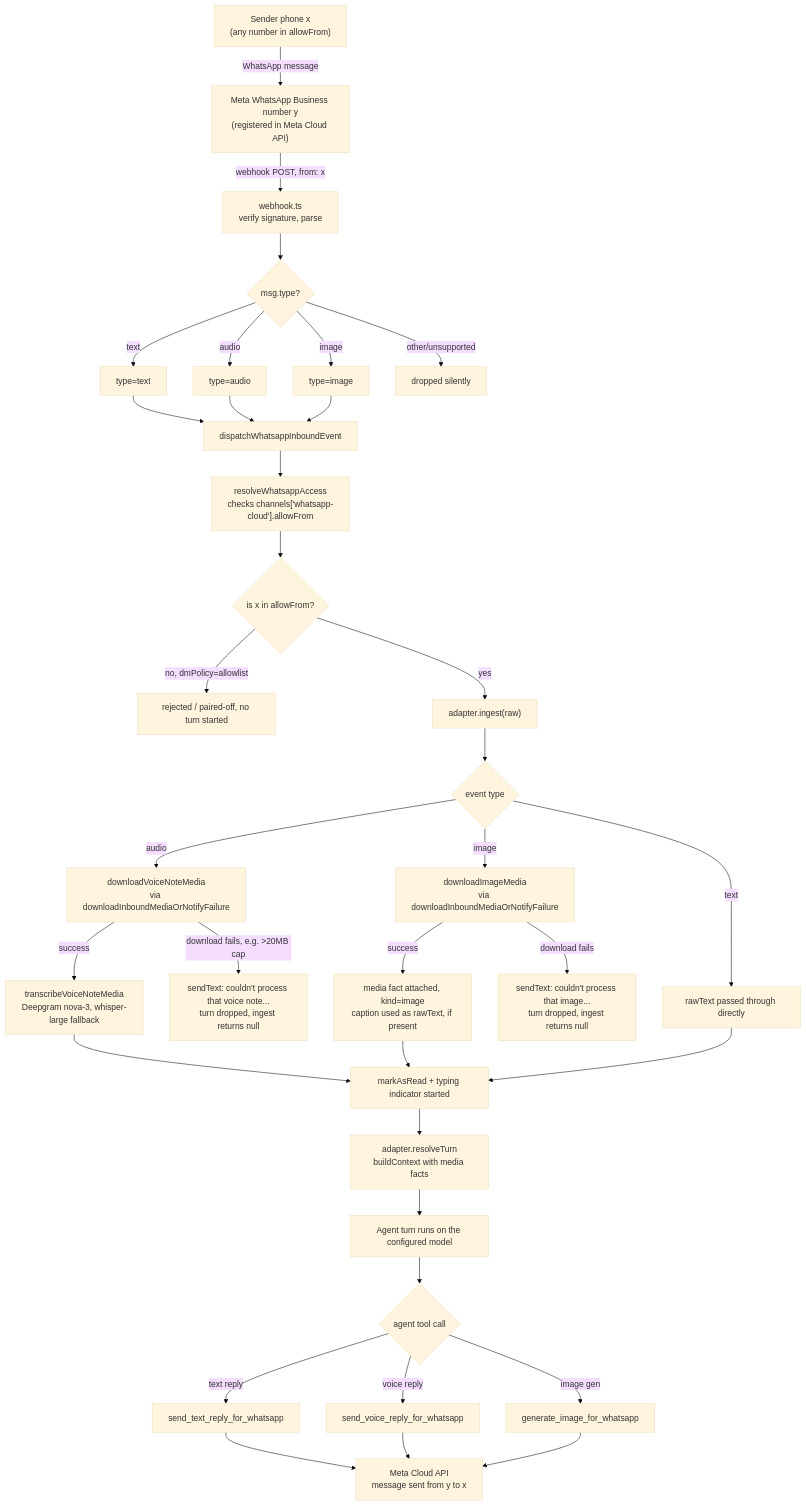
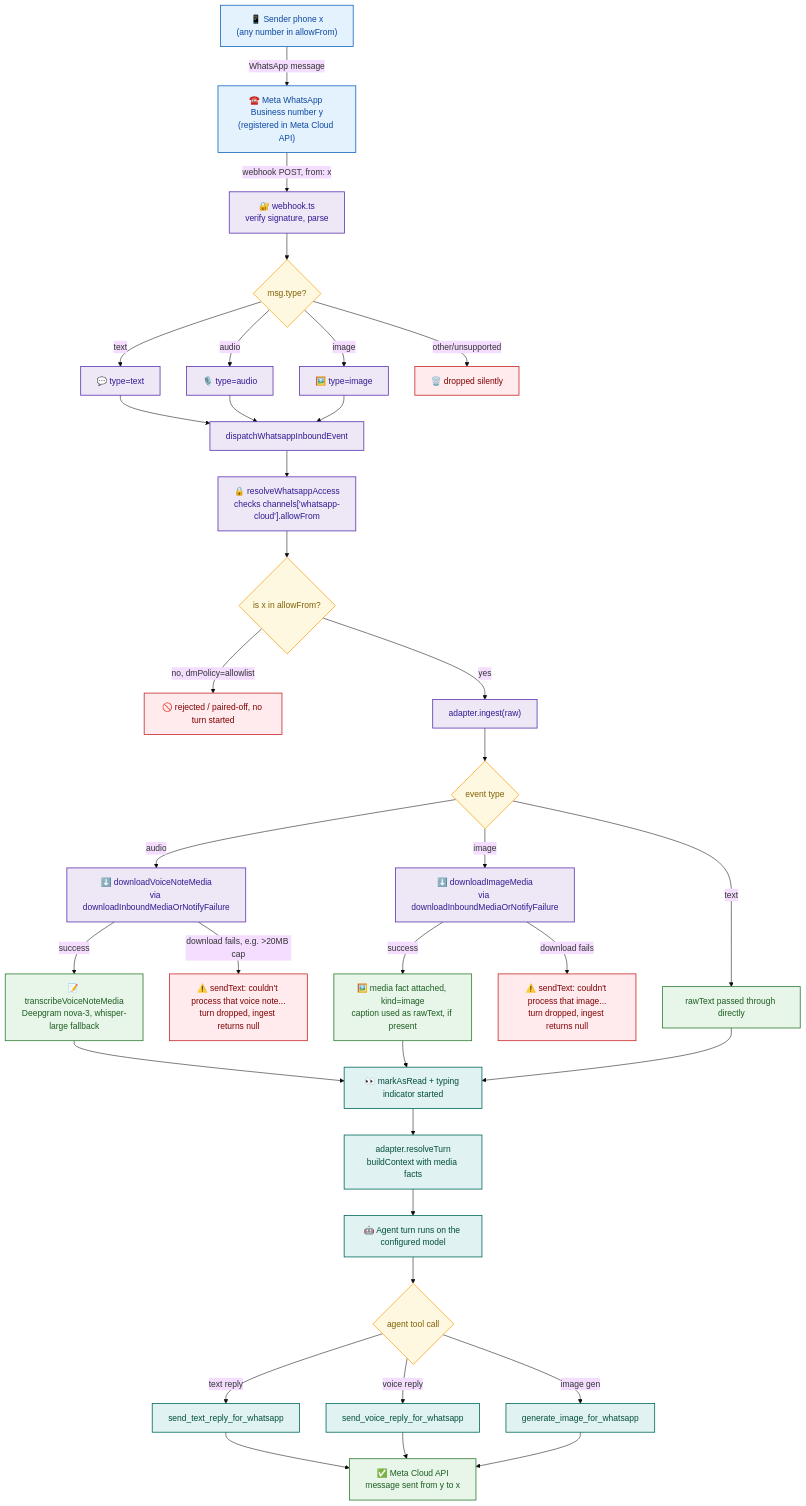
Before and after one commit to shqear93/openclaw-whatsapp-cloud: the first of 6 diagrams in ARCHITECTURE.md, drawn with Mermaid (base theme). The commit also changed other lines of this file, not shown here.

First line of the commit message:
docs(architecture): restyle diagrams with color coding and icons

````diff
--- a/ARCHITECTURE.md
+++ b/ARCHITECTURE.md
@@ -55,45 +55,52 @@
 ```mermaid
 flowchart TD
-    A["Sender phone x<br/>(any number in allowFrom)"] -->|WhatsApp message| B["Meta WhatsApp Business number y<br/>(registered in Meta Cloud API)"]
-    B -->|"webhook POST, from: x"| C["webhook.ts<br/>verify signature, parse"]
-    C --> D{"msg.type?"}
-    D -->|text| E["type=text"]
-    D -->|audio| F["type=audio"]
-    D -->|image| G["type=image"]
-    D -->|other/unsupported| X["dropped silently"]
+    classDef external fill:#e3f2fd,stroke:#1565c0,stroke-width:1.5px,color:#0d47a1
+    classDef decision fill:#fff8e1,stroke:#f9a825,stroke-width:1.5px,color:#7f6003
+    classDef success fill:#e8f5e9,stroke:#2e7d32,stroke-width:1.5px,color:#1b5e20
+    classDef failure fill:#ffebee,stroke:#c62828,stroke-width:1.5px,color:#7f0000
+    classDef core fill:#ede7f6,stroke:#5e35b1,stroke-width:1.5px,color:#311b92
+    classDef agent fill:#e0f2f1,stroke:#00695c,stroke-width:1.5px,color:#004d40
 
-    E --> H["dispatchWhatsappInboundEvent"]
+    A["📱 Sender phone x<br/>(any number in allowFrom)"]:::external -->|WhatsApp message| B["☎️ Meta WhatsApp Business number y<br/>(registered in Meta Cloud API)"]:::external
+    B -->|"webhook POST, from: x"| C["🔐 webhook.ts<br/>verify signature, parse"]:::core
+    C --> D{"msg.type?"}:::decision
+    D -->|text| E["💬 type=text"]:::core
+    D -->|audio| F["🎙️ type=audio"]:::core
+    D -->|image| G["🖼️ type=image"]:::core
+    D -->|other/unsupported| X["🗑️ dropped silently"]:::failure
+
+    E --> H["dispatchWhatsappInboundEvent"]:::core
     F --> H
     G --> H
 
-    H --> I["resolveWhatsappAccess<br/>checks channels['whatsapp-cloud'].allowFrom"]
-    I --> J{"is x in allowFrom?"}
-    J -->|no, dmPolicy=allowlist| K["rejected / paired-off, no turn started"]
-    J -->|yes| L["adapter.ingest(raw)"]
+    H --> I["🔒 resolveWhatsappAccess<br/>checks channels['whatsapp-cloud'].allowFrom"]:::core
+    I --> J{"is x in allowFrom?"}:::decision
+    J -->|no, dmPolicy=allowlist| K["🚫 rejected / paired-off, no turn started"]:::failure
+    J -->|yes| L["adapter.ingest(raw)"]:::core
 
-    L --> M{"event type"}
-    M -->|audio| N["downloadVoiceNoteMedia<br/>via downloadInboundMediaOrNotifyFailure"]
-    M -->|image| O["downloadImageMedia<br/>via downloadInboundMediaOrNotifyFailure"]
-    M -->|text| P["rawText passed through directly"]
+    L --> M{"event type"}:::decision
+    M -->|audio| N["⬇️ downloadVoiceNoteMedia<br/>via downloadInboundMediaOrNotifyFailure"]:::core
+    M -->|image| O["⬇️ downloadImageMedia<br/>via downloadInboundMediaOrNotifyFailure"]:::core
+    M -->|text| P["rawText passed through directly"]:::success
 
-    N -->|success| N2["transcribeVoiceNoteMedia<br/>Deepgram nova-3, whisper-large fallback"]
-    N -->|"download fails, e.g. >20MB cap"| N3["sendText: couldn't process that voice note...<br/>turn dropped, ingest returns null"]
+    N -->|success| N2["📝 transcribeVoiceNoteMedia<br/>Deepgram nova-3, whisper-large fallback"]:::success
+    N -->|"download fails, e.g. >20MB cap"| N3["⚠️ sendText: couldn't process that voice note...<br/>turn dropped, ingest returns null"]:::failure
 
-    O -->|success| O2["media fact attached, kind=image<br/>caption used as rawText, if present"]
-    O -->|download fails| O3["sendText: couldn't process that image...<br/>turn dropped, ingest returns null"]
+    O -->|success| O2["🖼️ media fact attached, kind=image<br/>caption used as rawText, if present"]:::success
+    O -->|download fails| O3["⚠️ sendText: couldn't process that image...<br/>turn dropped, ingest returns null"]:::failure
 
-    N2 --> Q["markAsRead + typing indicator started"]
+    N2 --> Q["👀 markAsRead + typing indicator started"]:::agent
     O2 --> Q
     P --> Q
 
-    Q --> R["adapter.resolveTurn<br/>buildContext with media facts"]
-    R --> S["Agent turn runs on the configured model"]
-    S --> T{"agent tool call"}
-    T -->|text reply| U["send_text_reply_for_whatsapp"]
-    T -->|voice reply| V["send_voice_reply_for_whatsapp"]
-    T -->|image gen| W["generate_image_for_whatsapp"]
+    Q --> R["adapter.resolveTurn<br/>buildContext with media facts"]:::agent
+    R --> S["🤖 Agent turn runs on the configured model"]:::agent
+    S --> T{"agent tool call"}:::decision
+    T -->|text reply| U["send_text_reply_for_whatsapp"]:::agent
+    T -->|voice reply| V["send_voice_reply_for_whatsapp"]:::agent
+    T -->|image gen| W["generate_image_for_whatsapp"]:::agent
 
-    U --> Y["Meta Cloud API<br/>message sent from y to x"]
+    U --> Y["✅ Meta Cloud API<br/>message sent from y to x"]:::success
     V --> Y
     W --> Y
 ```
````
